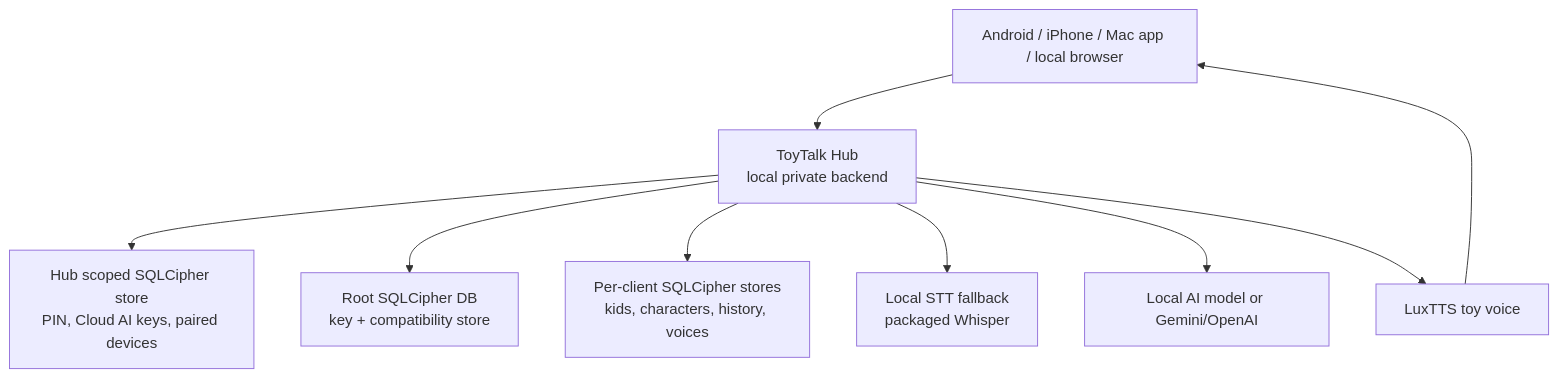
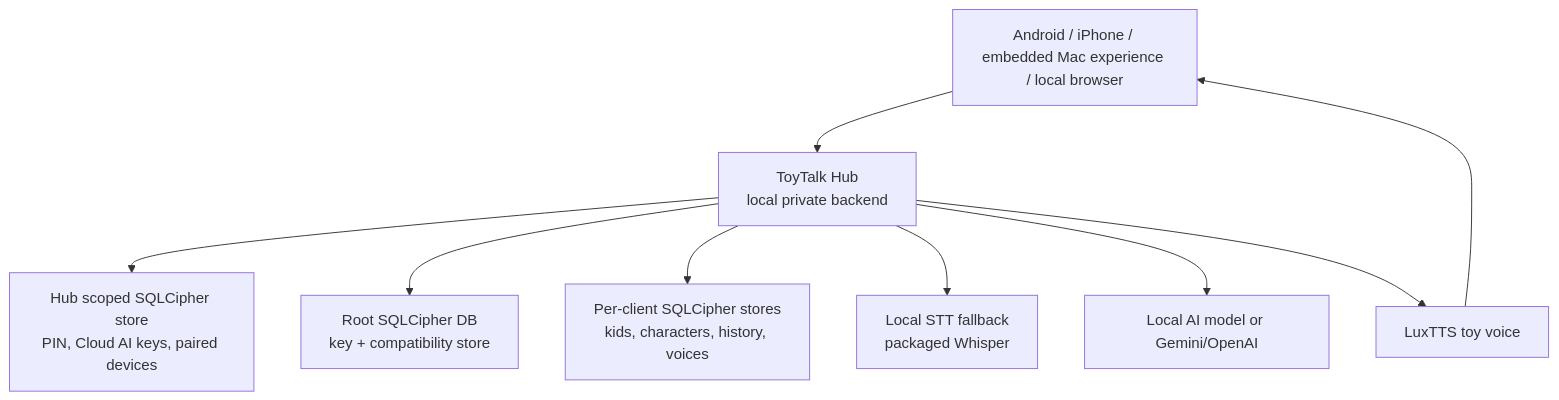
The diagram in README.md (palwe-prafulla/plushpal), drawn with Mermaid before and after one commit. The commit also changed other lines of this file and 18 other files, not shown here.

Commit message:
Package Mac client inside ToyTalk Hub

````diff
--- a/README.md
+++ b/README.md
@@ -88,11 +88,11 @@
 ```mermaid
 flowchart TB
-    Clients["Android / iPhone / Mac app / local browser"] --> Hub["ToyTalk Hub<br/>local private backend"]
+    Clients["Android / iPhone / embedded Mac experience / local browser"] --> Hub["ToyTalk Hub<br/>local private backend"]
     Hub --> HubDB["Hub scoped SQLCipher store<br/>PIN, Cloud AI keys, paired devices"]
     Hub --> Registry["Root SQLCipher DB<br/>key + compatibility store"]
     Hub --> ClientDB["Per-client SQLCipher stores<br/>kids, characters, history, voices"]
     Hub --> STT["Local STT fallback<br/>packaged Whisper"]
     Hub --> AI["Local AI model or Gemini/OpenAI"]
     Hub --> TTS["LuxTTS toy voice"]
     TTS --> Clients
 ```
````
